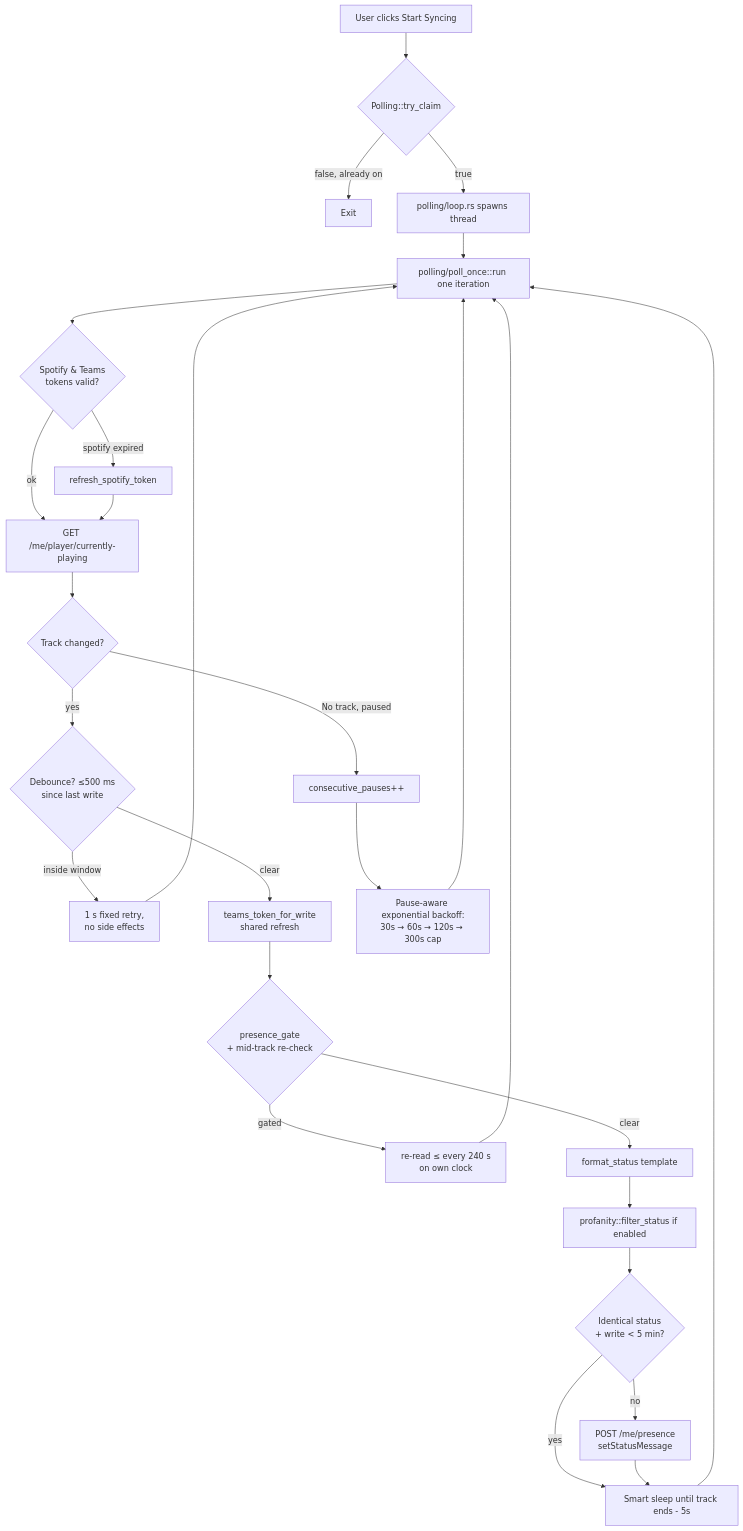
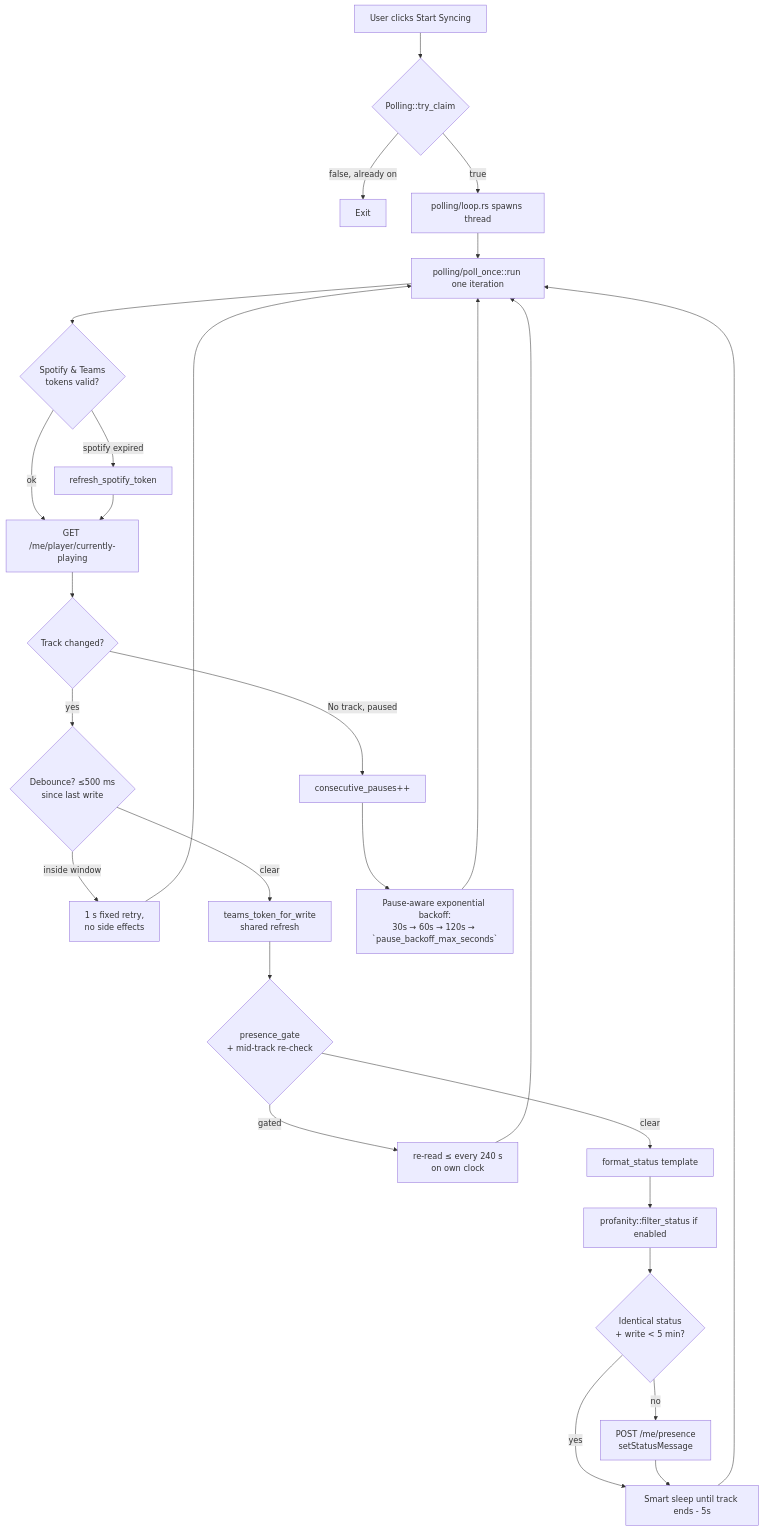
The seventh of 8 diagrams in ARCHITECTURE.md (Carme99/PresenceJam-Desktop), drawn with Mermaid before and after one commit. The commit also changed other lines of this file and 3 other files, not shown here.

Commit message:
docs(usage,architecture,troubleshooting,state): the extra-word lexicon and the pause-backoff ceiling are consumed (#538)

````diff
--- a/ARCHITECTURE.md
+++ b/ARCHITECTURE.md
@@ -612,29 +612,29 @@
 ```mermaid
 flowchart TD
     Start[User clicks Start Syncing] --> Claim{Polling::try_claim}
     Claim -->|false, already on| Exit
     Claim -->|true| Loop[polling/loop.rs spawns thread]
     Loop --> Tick[polling/poll_once::run one iteration]
     Tick --> Tokens{Spotify & Teams<br/>tokens valid?}
     Tokens -->|spotify expired| RefreshSpot[refresh_spotify_token]
     Tokens -->|ok| Poll["GET /me/player/currently-playing"]
     RefreshSpot --> Poll
     Poll --> Changed{Track changed?}
     Changed -->|No track, paused| Consec[consecutive_pauses++]
     Changed -->|yes| Debounce{Debounce? ≤500 ms<br/>since last write}
     Debounce -->|inside window| Retry[1 s fixed retry,<br/>no side effects]
     Retry --> Tick
     Debounce -->|clear| TokWrite[teams_token_for_write<br/>shared refresh]
     TokWrite --> Gate{presence_gate<br/>+ mid-track re-check}
     Gate -->|gated| GateSleep[re-read ≤ every 240 s<br/>on own clock]
     GateSleep --> Tick
     Gate -->|clear| Format[format_status template]
     Format --> Prof[profanity::filter_status if enabled]
     Prof --> KeepSkip{Identical status<br/>+ write < 5 min?}
     KeepSkip -->|yes| SmartSleep
     KeepSkip -->|no| Set[POST /me/presence<br/>setStatusMessage]
     Set --> SmartSleep[Smart sleep until track ends - 5s]
-    Consec --> Backoff[Pause-aware exponential backoff:<br/>30s → 60s → 120s → 300s cap]
+    Consec --> Backoff[Pause-aware exponential backoff:<br/>30s → 60s → 120s → `pause_backoff_max_seconds`]
     SmartSleep --> Tick
     Backoff --> Tick
 ```
````
